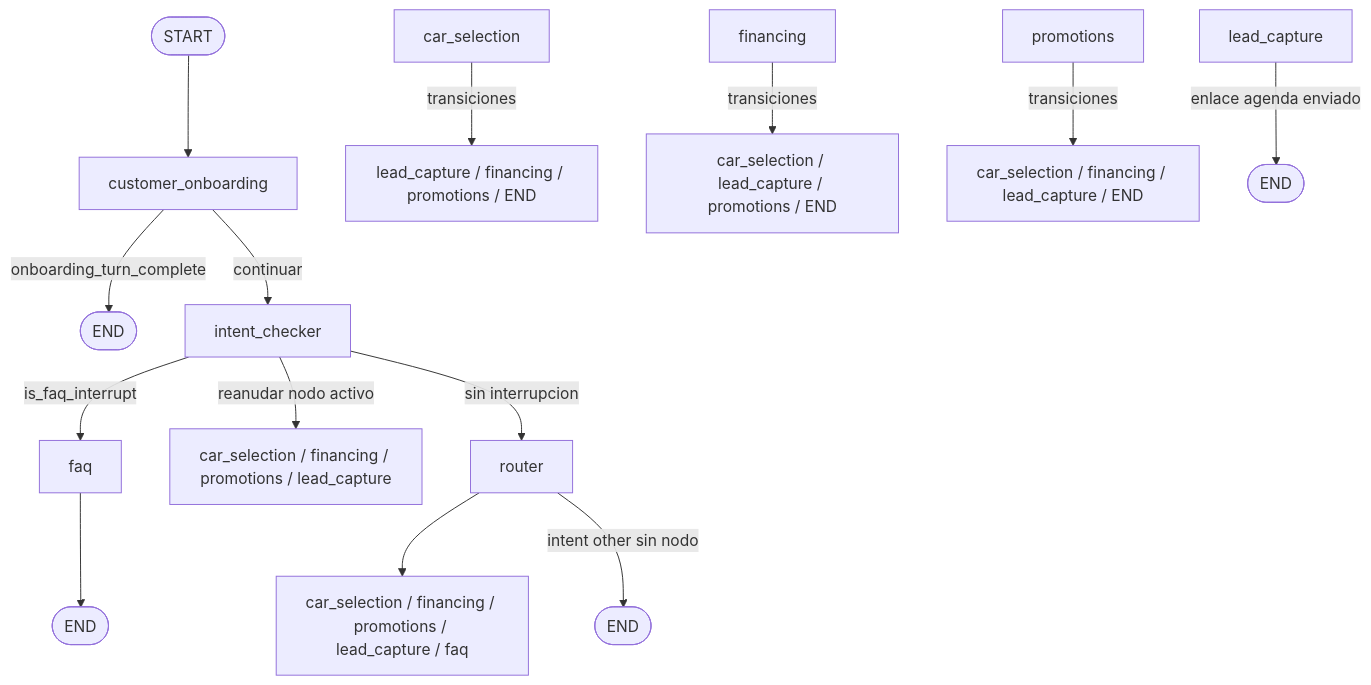
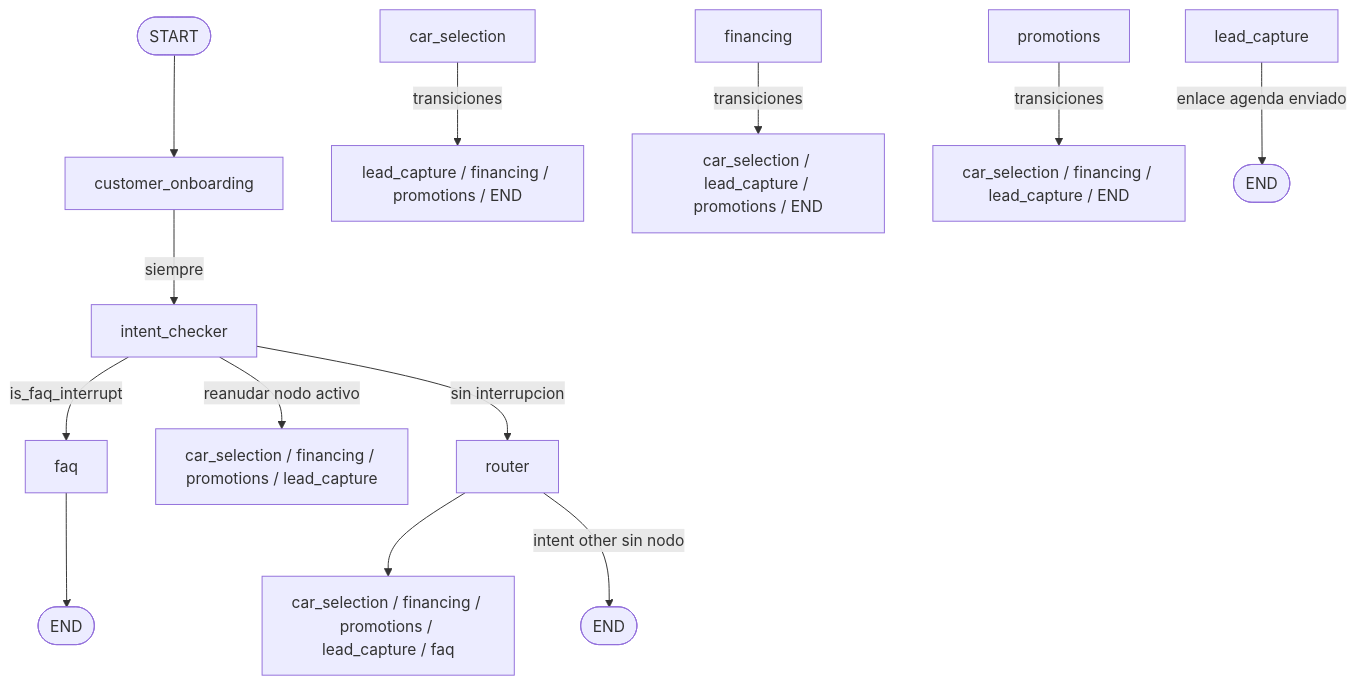
One commit to JoseManuelGdlO/car-advisor-bot changed the second of 10 diagrams in bot/docs/flujo-completo.md. Above: the diagram before and after it, drawn with Mermaid. The commit also changed other lines of this file and 16 other files, not shown here.

````diff
--- a/bot/docs/flujo-completo.md
+++ b/bot/docs/flujo-completo.md
@@ -70,16 +70,15 @@
 ```mermaid
 flowchart TD
     start([START]) --> onboarding[customer_onboarding]
-    onboarding -->|onboarding_turn_complete| endTurn([END])
-    onboarding -->|continuar| intentChecker[intent_checker]
+    onboarding -->|siempre| intentChecker[intent_checker]
     intentChecker -->|is_faq_interrupt| faq[faq]
     intentChecker -->|reanudar nodo activo| domainResume["car_selection / financing / promotions / lead_capture"]
     intentChecker -->|sin interrupcion| router[router]
     router --> domain["car_selection / financing / promotions / lead_capture / faq"]
     router -->|intent other sin nodo| endOther([END])
     car_selection -->|transiciones| nextCS["lead_capture / financing / promotions / END"]
     financing -->|transiciones| nextFin["car_selection / lead_capture / promotions / END"]
     promotions -->|transiciones| nextProm["car_selection / financing / lead_capture / END"]
     lead_capture -->|enlace agenda enviado| endLead([END])
     faq --> endFaq([END])
 ```
````
